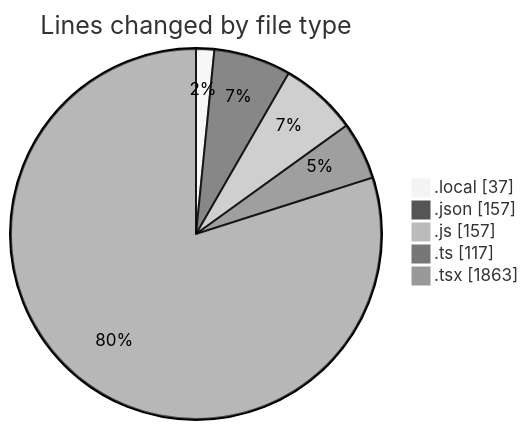
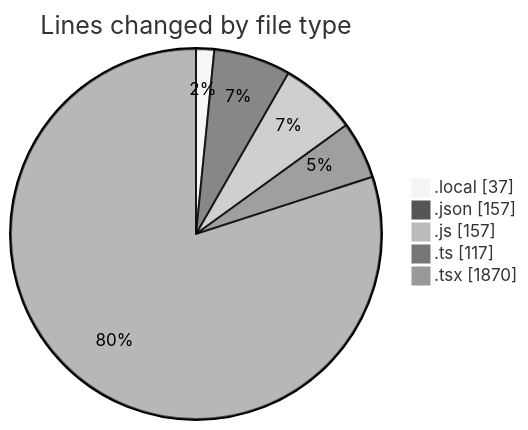
One commit to becaeroporto-bot/code-tracking changed the first of 2 diagrams in 2026-02-17/id_ia/README.md. Above: the diagram before and after it, drawn with Mermaid (neutral theme). The commit also changed other lines of this file and 1 other file, not shown here.

````diff
--- a/2026-02-17/id_ia/README.md
+++ b/2026-02-17/id_ia/README.md
@@ -38,9 +38,9 @@
 ```mermaid
 pie showData
 title Lines changed by file type
 ".local" : 37
 ".json" : 157
 ".js" : 157
 ".ts" : 117
-".tsx" : 1863
+".tsx" : 1870
 ```
````
